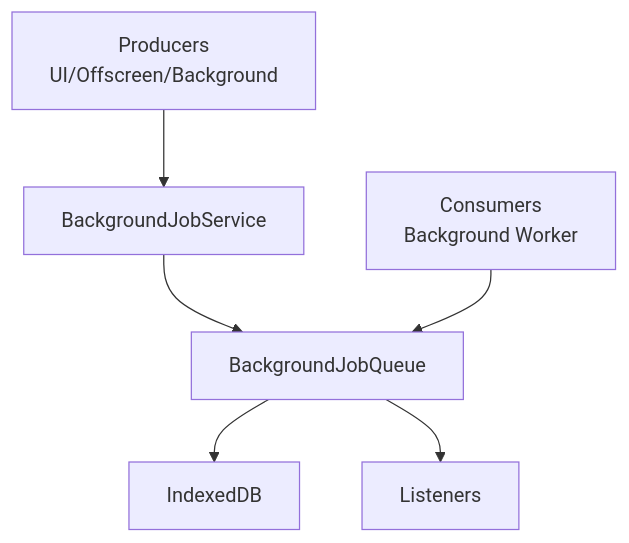
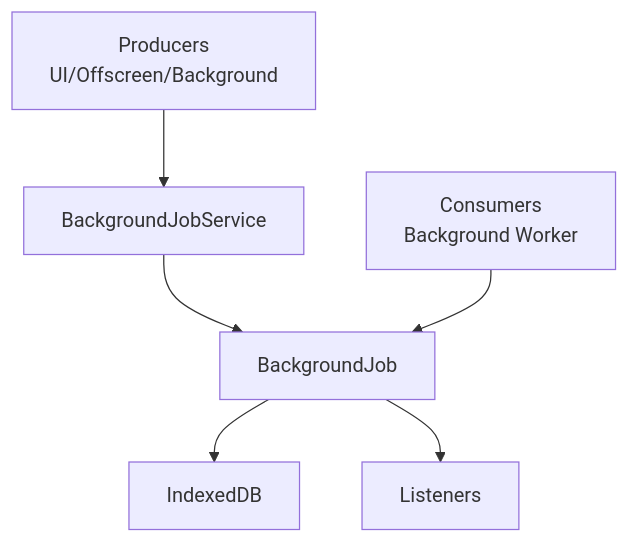
Before and after one commit to zrg-team/memorall: the diagram in docs/background-jobs.md, drawn with Mermaid. The commit also changed other lines of this file and 60 other files, not shown here.

````diff
--- a/docs/background-jobs.md
+++ b/docs/background-jobs.md
@@ -11,8 +11,8 @@
 ```mermaid
 graph TD
   P[Producers<br/>UI/Offscreen/Background] --> S[BackgroundJobService]
-  S --> Q[BackgroundJobQueue]
+  S --> Q[BackgroundJob]
   Q --> ST[IndexedDB]
   Q --> L[Listeners]
   C[Consumers<br/>Background Worker] --> Q
 ```
````
